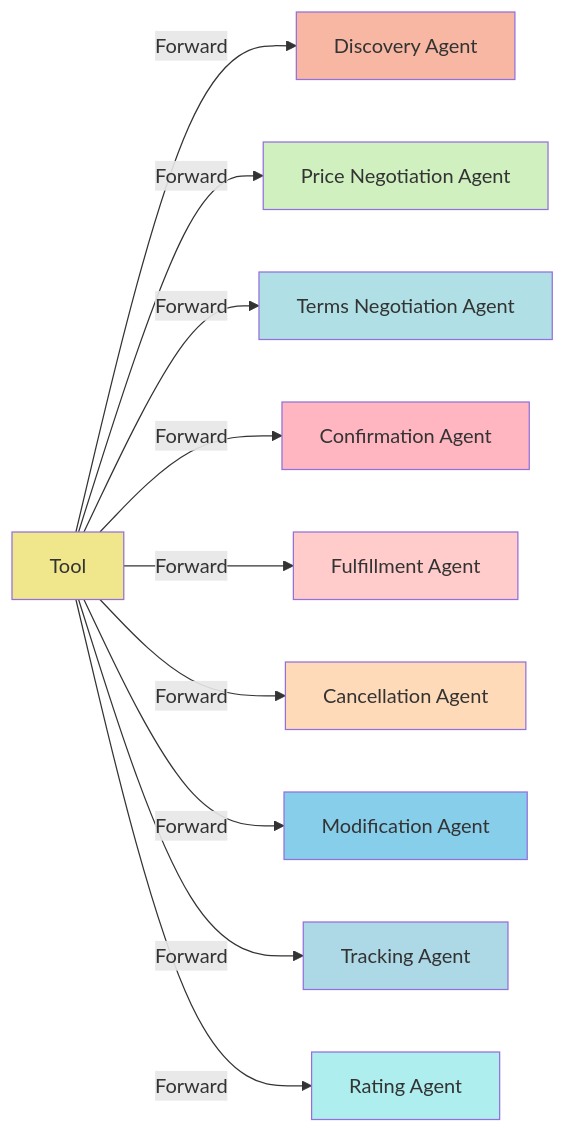
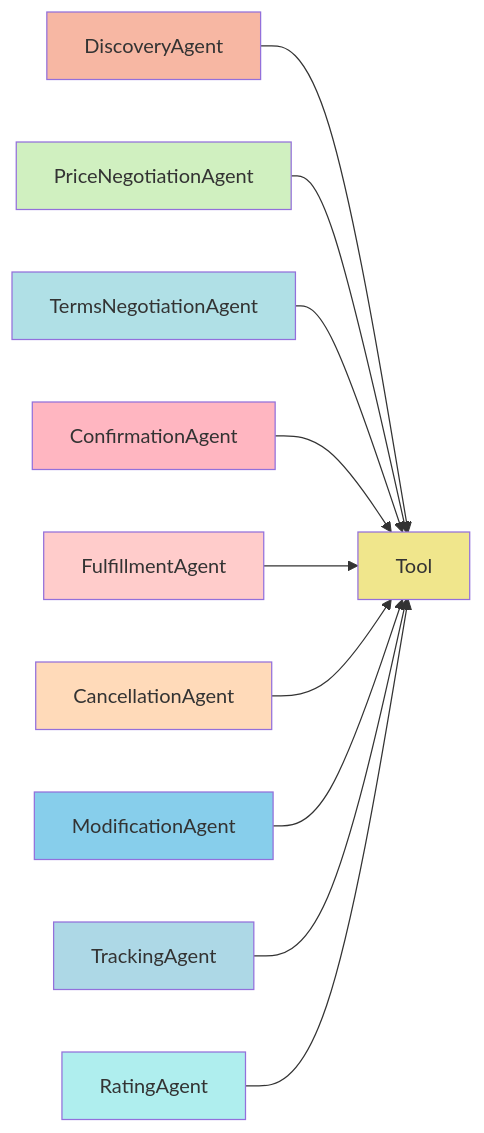
Before and after one commit to beckn/transactional-ai-bap: diagram 13 of 13 in arch/bap-state-machine.md, drawn with Mermaid. The commit also changed other lines of this file, not shown here.

````diff
--- a/arch/bap-state-machine.md
+++ b/arch/bap-state-machine.md
@@ -424,23 +435,24 @@
 ```mermaid
 graph LR
-    Tool[Tool] -->|Forward| D[Discovery Agent]
-    Tool -->|Forward| PN[Price Negotiation Agent]
-    Tool -->|Forward| TN[Terms Negotiation Agent]
-    Tool -->|Forward| C[Confirmation Agent]
-    Tool -->|Forward| F[Fulfillment Agent]
-    Tool -->|Forward| CA[Cancellation Agent]
-    Tool -->|Forward| M[Modification Agent]
-    Tool -->|Forward| T[Tracking Agent]
-    Tool -->|Forward| R[Rating Agent]
+    DiscoveryAgent --> Tool
+    PriceNegotiationAgent --> Tool
+    TermsNegotiationAgent --> Tool
+    ConfirmationAgent --> Tool
+    FulfillmentAgent --> Tool
+    CancellationAgent --> Tool
+    ModificationAgent --> Tool
+    TrackingAgent --> Tool
+    RatingAgent --> Tool
 
     style Tool fill:#f0e68c
-    style D fill:#f7b7a3
-    style PN fill:#d0f0c0
-    style TN fill:#b0e0e6
-    style C fill:#ffb6c1
-    style F fill:#ffcccb
-    style CA fill:#ffdab9
-    style M fill:#87ceeb
-    style T fill:#add8e6
-    style R fill:#afeeee
+    style DiscoveryAgent fill:#f7b7a3
+    style PriceNegotiationAgent fill:#d0f0c0
+    style TermsNegotiationAgent fill:#b0e0e6
+    style ConfirmationAgent fill:#ffb6c1
+    style FulfillmentAgent fill:#ffcccb
+    style CancellationAgent fill:#ffdab9
+    style ModificationAgent fill:#87ceeb
+    style TrackingAgent fill:#add8e6
+    style RatingAgent fill:#afeeee
+
 ```
````
